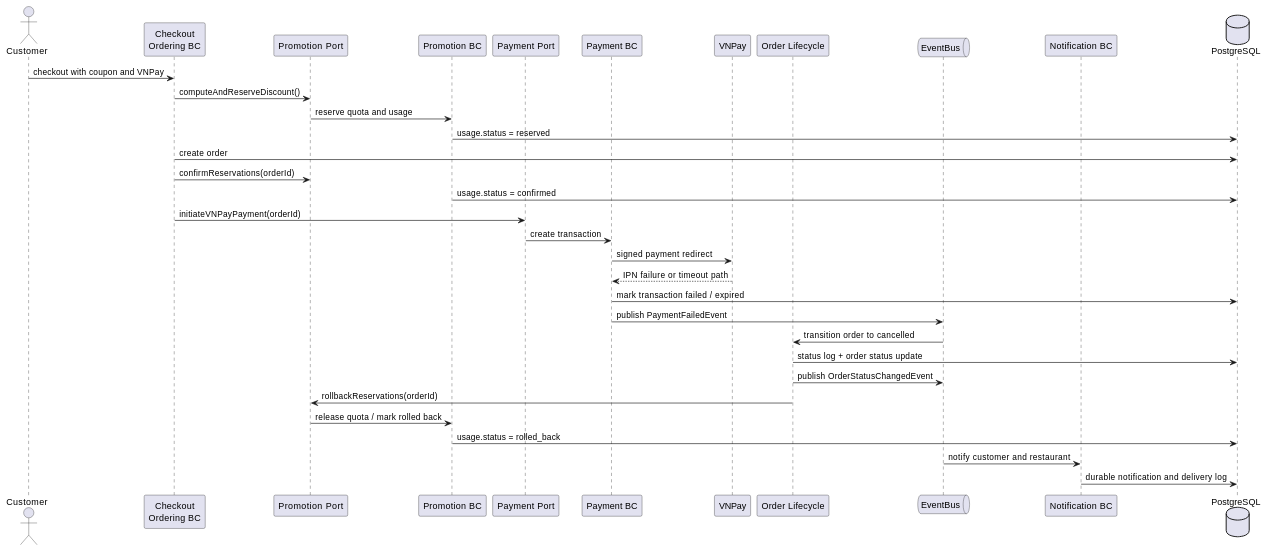
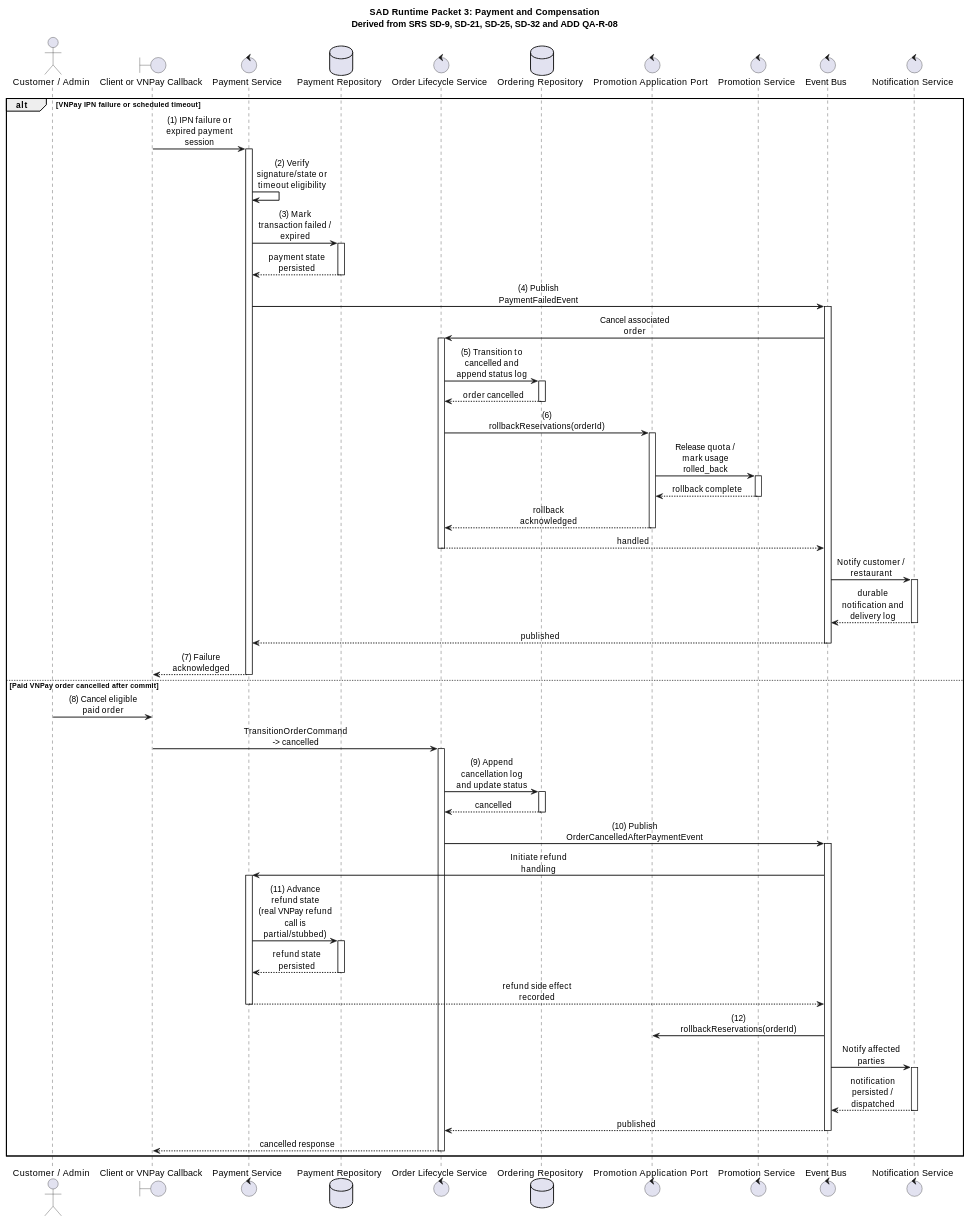
One commit to luubinhdeptrai/Food_Delivery changed the sixth of 9 diagrams in apps/api/docs/Final_Documents/ASR-ADD-SAD/SAD_FoodDelivery.md. Above: the diagram before and after it, drawn with PlantUML. The commit also changed other lines of this file and 1 other file, not shown here.

Commit message:
update diagram SAD

````diff
--- a/apps/api/docs/Final_Documents/ASR-ADD-SAD/SAD_FoodDelivery.md
+++ b/apps/api/docs/Final_Documents/ASR-ADD-SAD/SAD_FoodDelivery.md
@@ -1617,41 +2254,89 @@
 ```plantuml
 @startuml SoLi_Payment_Compensation_Runtime
-skinparam backgroundColor #FFFFFF
 skinparam shadowing false
-skinparam sequenceArrowThickness 1
+skinparam sequenceMessageAlign center
+skinparam responseMessageBelowArrow true
+skinparam maxMessageSize 120
+skinparam sequenceArrowThickness 1.5
+skinparam ParticipantPadding 20
+skinparam BoxPadding 10
 
-actor Customer
-participant "Checkout\nOrdering BC" as Checkout
-participant "Promotion Port" as PromotionPort
-participant "Promotion BC" as Promotion
-participant "Payment Port" as PaymentPort
-participant "Payment BC" as Payment
-participant "VNPay" as VNPay
-participant "Order Lifecycle" as Lifecycle
-queue "EventBus" as EventBus
-participant "Notification BC" as Notification
-database "PostgreSQL" as DB
+title SAD Runtime Packet 3: Payment and Compensation\nDerived from SRS SD-9, SD-21, SD-25, SD-32 and ADD QA-R-08
 
-Customer -> Checkout : checkout with coupon and VNPay
-Checkout -> PromotionPort : computeAndReserveDiscount()
-PromotionPort -> Promotion : reserve quota and usage
-Promotion -> DB : usage.status = reserved
-Checkout -> DB : create order
-Checkout -> PromotionPort : confirmReservations(orderId)
-Promotion -> DB : usage.status = confirmed
-Checkout -> PaymentPort : initiateVNPayPayment(orderId)
-PaymentPort -> Payment : create transaction
-Payment -> VNPay : signed payment redirect
-VNPay --> Payment : IPN failure or timeout path
-Payment -> DB : mark transaction failed / expired
-Payment -> EventBus : publish PaymentFailedEvent
-EventBus -> Lifecycle : transition order to cancelled
-Lifecycle -> DB : status log + order status update
-Lifecycle -> EventBus : publish OrderStatusChangedEvent
-Lifecycle -> PromotionPort : rollbackReservations(orderId)
-PromotionPort -> Promotion : release quota / mark rolled back
-Promotion -> DB : usage.status = rolled_back
-EventBus -> Notification : notify customer and restaurant
-Notification -> DB : durable notification and delivery log
+actor "Customer / Admin" as Actor
+boundary "Client or VNPay Callback" as Boundary
+control "Payment Service" as PaySvc
+database "Payment Repository" as PayRepo
+control "Order Lifecycle Service" as OrderSvc
+database "Ordering Repository" as OrderRepo
+control "Promotion Application Port" as PromPort
+control "Promotion Service" as PromSvc
+control "Event Bus" as EventBus
+control "Notification Service" as NotiSvc
+
+autonumber stop
+
+alt VNPay IPN failure or scheduled timeout
+  Boundary -> PaySvc : (1) IPN failure or expired payment session
+  activate PaySvc
+  PaySvc -> PaySvc : (2) Verify signature/state or timeout eligibility
+  PaySvc -> PayRepo : (3) Mark transaction failed / expired
+  activate PayRepo
+  PayRepo --> PaySvc : payment state persisted
+  deactivate PayRepo
+  PaySvc -> EventBus : (4) Publish PaymentFailedEvent
+  activate EventBus
+  EventBus -> OrderSvc : Cancel associated order
+  activate OrderSvc
+  OrderSvc -> OrderRepo : (5) Transition to cancelled and append status log
+  activate OrderRepo
+  OrderRepo --> OrderSvc : order cancelled
+  deactivate OrderRepo
+  OrderSvc -> PromPort : (6) rollbackReservations(orderId)
+  activate PromPort
+  PromPort -> PromSvc : Release quota / mark usage rolled_back
+  activate PromSvc
+  PromSvc --> PromPort : rollback complete
+  deactivate PromSvc
+  PromPort --> OrderSvc : rollback acknowledged
+  deactivate PromPort
+  OrderSvc --> EventBus : handled
+  deactivate OrderSvc
+  EventBus -> NotiSvc : Notify customer / restaurant
+  activate NotiSvc
+  NotiSvc --> EventBus : durable notification and delivery log
+  deactivate NotiSvc
+  EventBus --> PaySvc : published
+  deactivate EventBus
+  PaySvc --> Boundary : (7) Failure acknowledged
+  deactivate PaySvc
+else Paid VNPay order cancelled after commit
+  Actor -> Boundary : (8) Cancel eligible paid order
+  Boundary -> OrderSvc : TransitionOrderCommand -> cancelled
+  activate OrderSvc
+  OrderSvc -> OrderRepo : (9) Append cancellation log and update status
+  activate OrderRepo
+  OrderRepo --> OrderSvc : cancelled
+  deactivate OrderRepo
+  OrderSvc -> EventBus : (10) Publish OrderCancelledAfterPaymentEvent
+  activate EventBus
+  EventBus -> PaySvc : Initiate refund handling
+  activate PaySvc
+  PaySvc -> PayRepo : (11) Advance refund state\n(real VNPay refund call is partial/stubbed)
+  activate PayRepo
+  PayRepo --> PaySvc : refund state persisted
+  deactivate PayRepo
+  PaySvc --> EventBus : refund side effect recorded
+  deactivate PaySvc
+  EventBus -> PromPort : (12) rollbackReservations(orderId)
+  EventBus -> NotiSvc : Notify affected parties
+  activate NotiSvc
+  NotiSvc --> EventBus : notification persisted / dispatched
+  deactivate NotiSvc
+  EventBus --> OrderSvc : published
+  deactivate EventBus
+  OrderSvc --> Boundary : cancelled response
+  deactivate OrderSvc
+end
 @enduml
 ```
````
